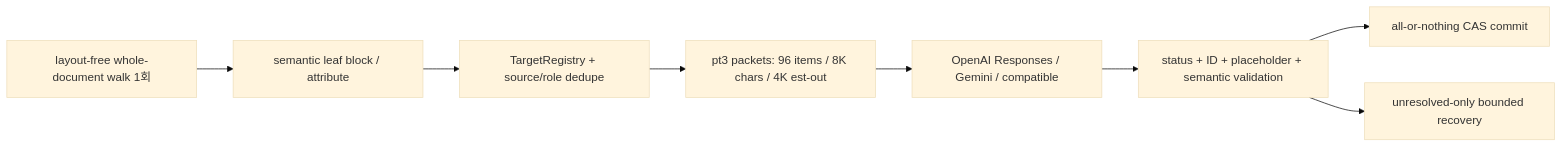
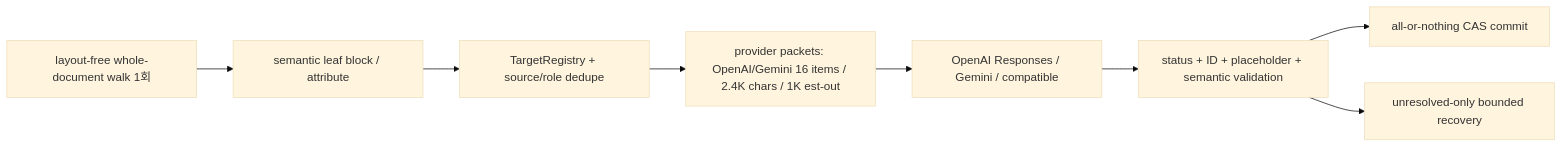
Before and after one commit to Meapri/EdgeTranslate-v3: the second of 3 diagrams in docs/DEVELOPMENT_GUIDE.md, drawn with Mermaid (base theme). The commit also changed other lines of this file and 36 other files, not shown here.

````diff
--- a/docs/DEVELOPMENT_GUIDE.md
+++ b/docs/DEVELOPMENT_GUIDE.md
@@ -522,10 +523,10 @@
 ```mermaid
 flowchart LR
     A["layout-free whole-document walk 1회"] --> B["semantic leaf block / attribute"]
     B --> C["TargetRegistry + source/role dedupe"]
-    C --> D["pt3 packets: 96 items / 8K chars / 4K est-out"]
+    C --> D["provider packets: OpenAI/Gemini 16 items / 2.4K chars / 1K est-out"]
     D --> E["OpenAI Responses / Gemini / compatible"]
     E --> F["status + ID + placeholder + semantic validation"]
     F --> G["all-or-nothing CAS commit"]
     F --> H["unresolved-only bounded recovery"]
 ```
````
